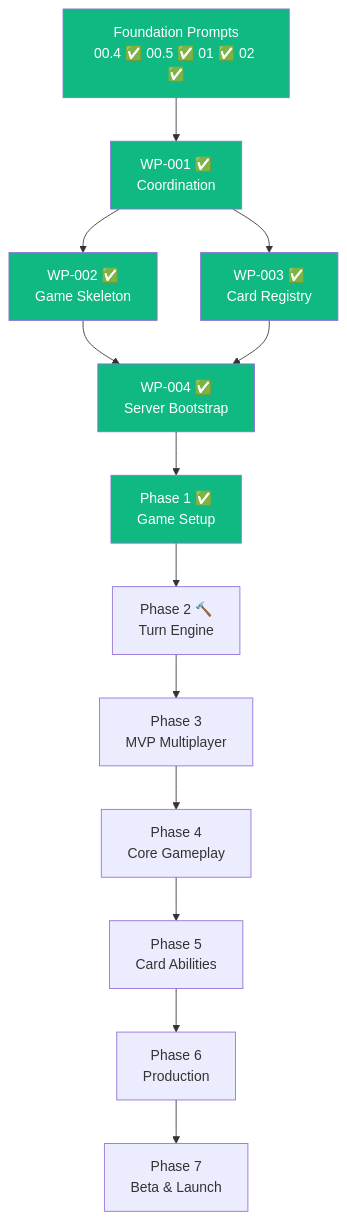
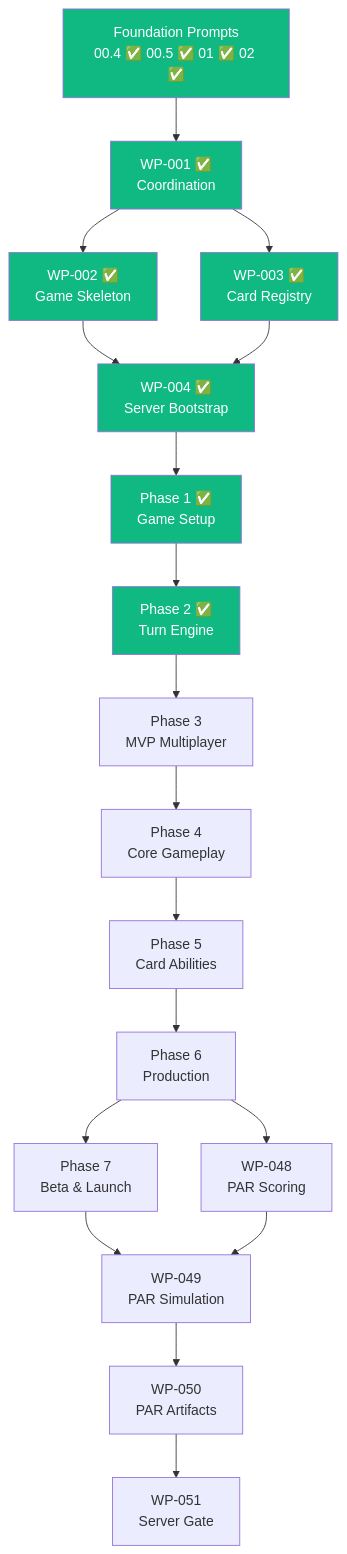
The diagram in docs/05-ROADMAP.md (barefootbetters/legendary-arena), drawn with Mermaid before and after one commit. The commit also changed other lines of this file and 21 other files, not shown here.

First line of the commit message:
SPEC: Phase 2 milestone — scoring reference, PAR pipeline (WP-048..051), Phase 3 readiness gate

````diff
--- a/docs/05-ROADMAP.md
+++ b/docs/05-ROADMAP.md
@@ -127,21 +153,27 @@
 ```mermaid
 flowchart TD
     FP["Foundation Prompts\n00.4 ✅ 00.5 ✅ 01 ✅ 02 ✅"] --> WP001["WP-001 ✅\nCoordination"]
     WP001 --> WP002["WP-002 ✅\nGame Skeleton"]
     WP001 --> WP003["WP-003 ✅\nCard Registry"]
     WP002 --> WP004["WP-004 ✅\nServer Bootstrap"]
     WP003 --> WP004
     WP004 --> Phase1["Phase 1 ✅\nGame Setup"]
-    Phase1 --> Phase2["Phase 2 🔨\nTurn Engine"]
+    Phase1 --> Phase2["Phase 2 ✅\nTurn Engine"]
     Phase2 --> Phase3["Phase 3\nMVP Multiplayer"]
     Phase3 --> Phase4["Phase 4\nCore Gameplay"]
     Phase4 --> Phase5["Phase 5\nCard Abilities"]
     Phase5 --> Phase6["Phase 6\nProduction"]
     Phase6 --> Phase7["Phase 7\nBeta & Launch"]
+    Phase6 --> WP048["WP-048\nPAR Scoring"]
+    Phase7 --> WP049["WP-049\nPAR Simulation"]
+    WP048 --> WP049
+    WP049 --> WP050["WP-050\nPAR Artifacts"]
+    WP050 --> WP051["WP-051\nServer Gate"]
     style FP fill:#10b981,color:#fff
     style WP001 fill:#10b981,color:#fff
     style WP002 fill:#10b981,color:#fff
     style WP003 fill:#10b981,color:#fff
     style WP004 fill:#10b981,color:#fff
     style Phase1 fill:#10b981,color:#fff
+    style Phase2 fill:#10b981,color:#fff
 ```
````
